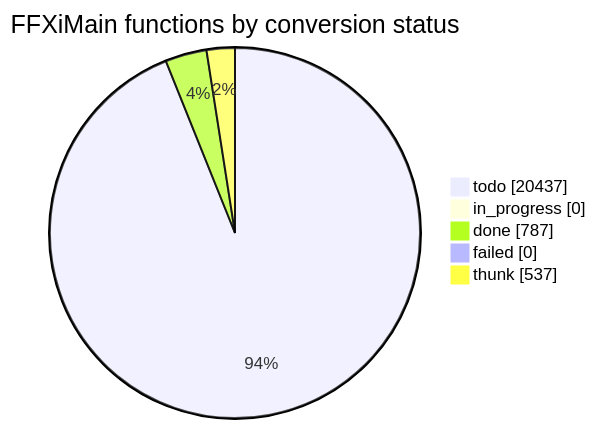
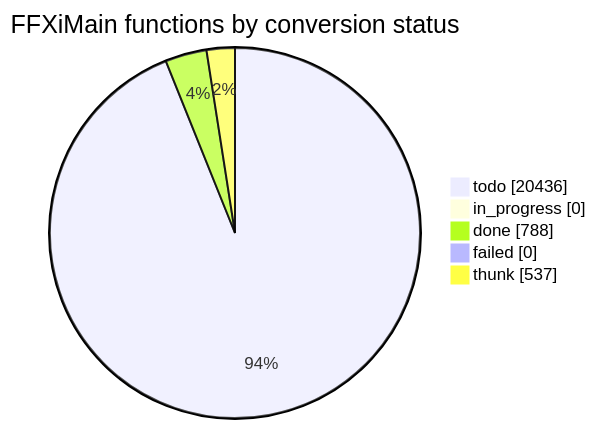
One commit to cowrevenge/cow_kuluu_xi_anything changed the diagram in docs/cow/STATUS.md. Above: the diagram before and after it, drawn with Mermaid. The commit also changed other lines of this file and 9 other files, not shown here.

````diff
--- a/docs/cow/STATUS.md
+++ b/docs/cow/STATUS.md
@@ -18,9 +18,9 @@
 ```mermaid
 pie showData
     title FFXiMain functions by conversion status
-    "todo" : 20437
+    "todo" : 20436
     "in_progress" : 0
-    "done" : 787
+    "done" : 788
     "failed" : 0
     "thunk" : 537
 ```
````
